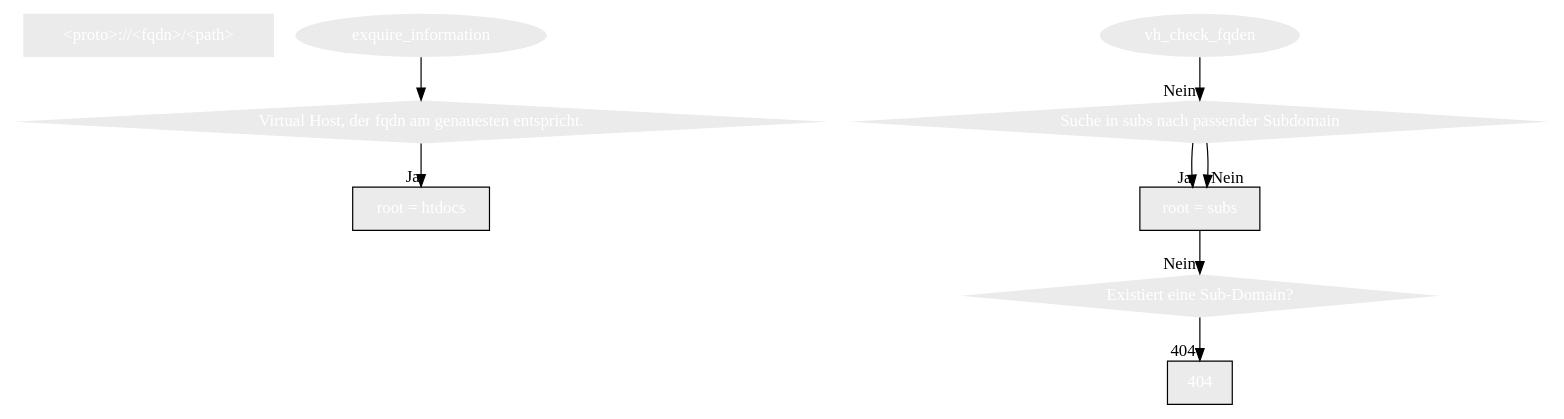
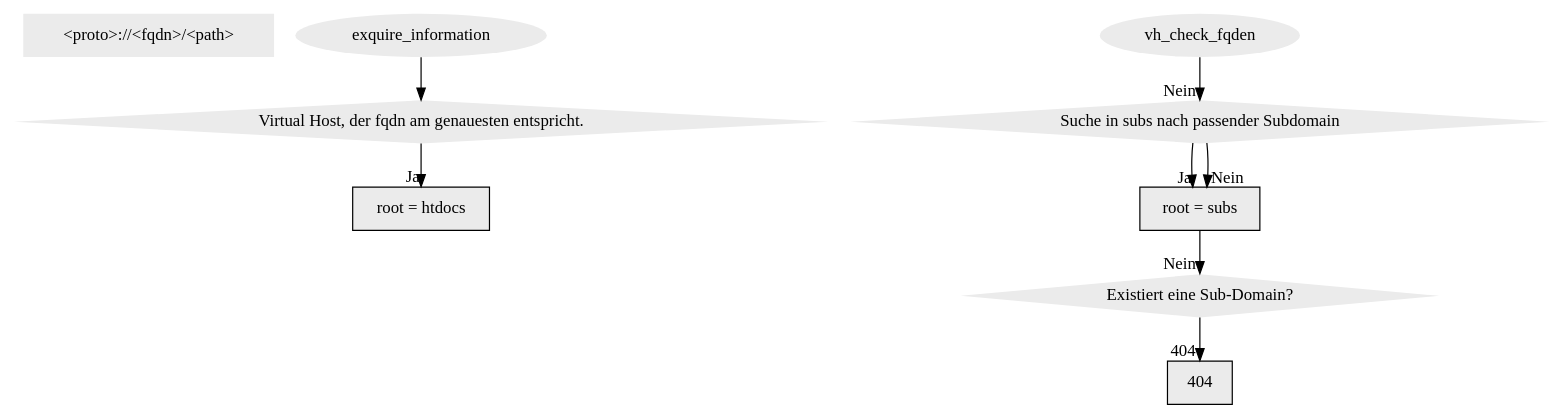
The diagram in source/administration/domain/filemap-ohne-ssl.dot (hostsharing/hs.docs.users), drawn with Graphviz before and after one commit.

Commit message:
color black

```diff
--- a/source/administration/domain/filemap-ohne-ssl.dot
+++ b/source/administration/domain/filemap-ohne-ssl.dot
@@ -1,21 +1,21 @@
 digraph d  { 
-	node [peripheries=0, style=filled, fillcolor="grey92", font=Helvetica, fontcolor=white]
+	node [peripheries=0, style=filled, fillcolor="grey92", font=Helvetica, fontcolor=black]
 
 	enquire_information [shape=box, label="<proto>://<fqdn>/<path>" ]
 
 
     vh_check_fqdn [shape=diamond, label="Virtual Host, der fqdn am genauesten entspricht."]
 	root_htdocs_ok [shape=record, label="root = htdocs"]
     root_search_in_subs [shape=diamond, label="Suche in subs nach passender Subdomain"]
     root_subs_ok [shape=record, label="root = subs"]
 	htdocsfallback_subs [shape=diamond, label="Existiert eine Sub-Domain? " ]
 	404 [shape=record, label="404"] 
         
 	exquire_information ->  vh_check_fqdn
 	vh_check_fqdn -> root_htdocs_ok [headlabel="Ja"]
 	vh_check_fqden -> root_search_in_subs [headlabel="Nein"]
 	root_search_in_subs -> root_subs_ok [headlabel="Ja"]
 	root_search_in_subs -> root_subs_ok [headlabel="Nein"]
 	root_subs_ok -> htdocsfallback_subs [headlabel="Nein"]
 	htdocsfallback_subs -> 404 [headlabel="404"] 
 }
```
